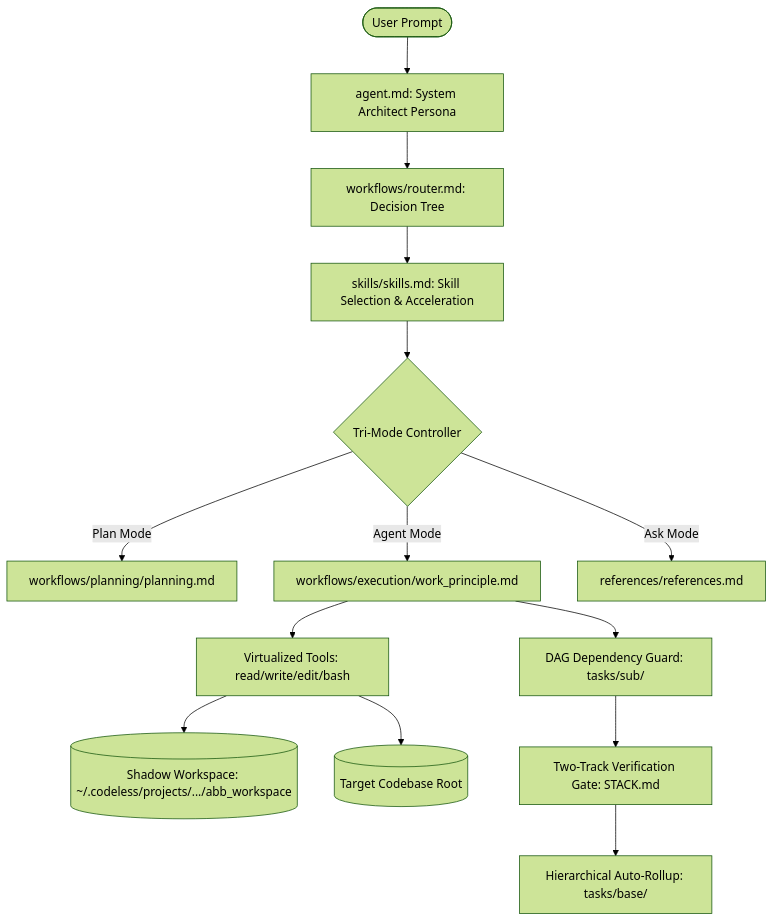
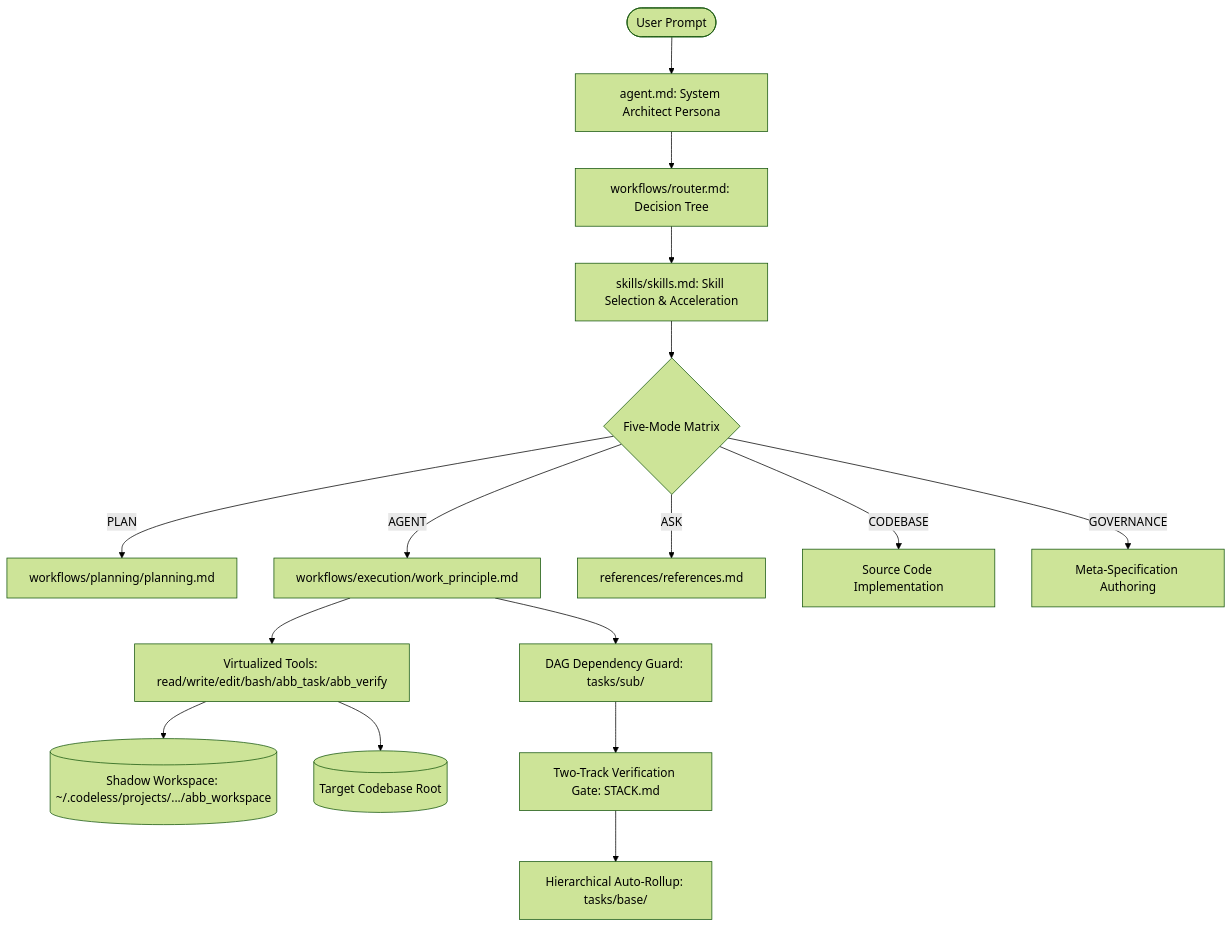
The first of 2 diagrams in README.md (AkshatTilak/codeless), drawn with Mermaid (forest theme) before and after one commit. The commit also changed other lines of this file and 8 other files, not shown here.

````diff
--- a/README.md
+++ b/README.md
@@ -43,19 +48,21 @@
 ```mermaid
 graph TD
     User([User Prompt]) --> Agent[agent.md: System Architect Persona]
     Agent --> Router[workflows/router.md: Decision Tree]
     Router --> Skills[skills/skills.md: Skill Selection & Acceleration]
-    
-    Skills --> Mode{Tri-Mode Controller}
-    Mode -->|Plan Mode| Plan[workflows/planning/planning.md]
-    Mode -->|Agent Mode| Exec[workflows/execution/work_principle.md]
-    Mode -->|Ask Mode| Know[references/references.md]
-    
-    Exec --> Tools[Virtualized Tools: read/write/edit/bash]
+
+    Skills --> Mode{Five-Mode Matrix}
+    Mode -->|PLAN| Plan[workflows/planning/planning.md]
+    Mode -->|AGENT| Exec[workflows/execution/work_principle.md]
+    Mode -->|ASK| Know[references/references.md]
+    Mode -->|CODEBASE| Code[Source Code Implementation]
+    Mode -->|GOVERNANCE| Gov[Meta-Specification Authoring]
+
+    Exec --> Tools[Virtualized Tools: read/write/edit/bash/abb_task/abb_verify]
     Tools --> Shadow[(Shadow Workspace: ~/.codeless/projects/.../abb_workspace)]
     Tools --> Codebase[(Target Codebase Root)]
-    
+
     Exec --> DAG[DAG Dependency Guard: tasks/sub/]
     DAG --> Verify[Two-Track Verification Gate: STACK.md]
     Verify --> Rollup[Hierarchical Auto-Rollup: tasks/base/]
 ```
````
